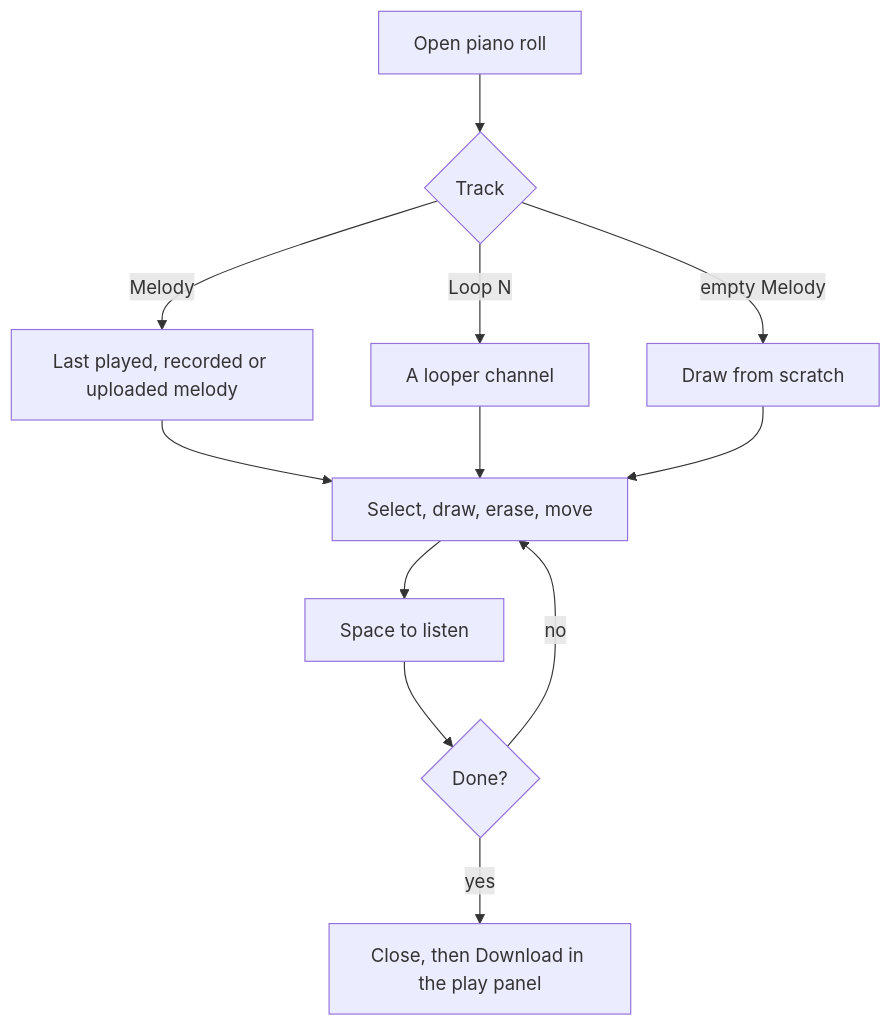
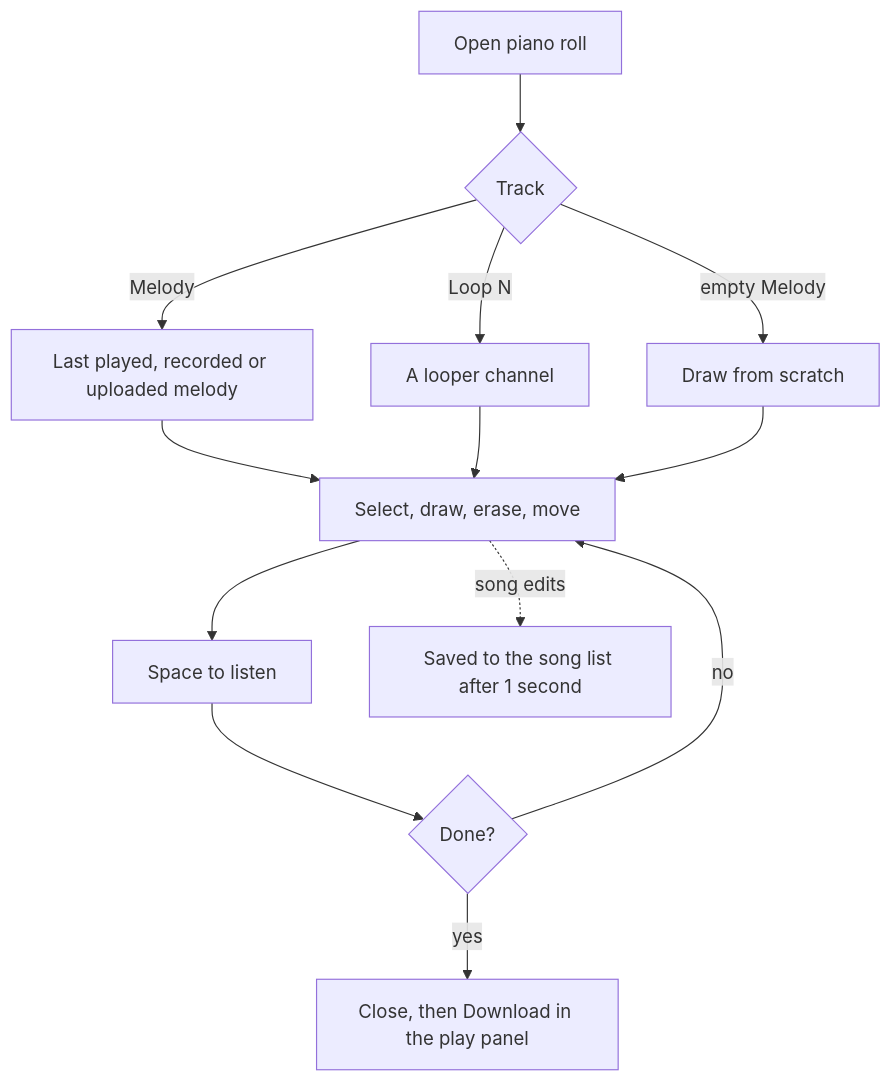
The seventh of 9 diagrams in docs/user-flows.md (oleg-chibikov/guitar-upscale), drawn with Mermaid before and after one commit. The commit also changed other lines of this file, not shown here.

First line of the commit message:
Update user flows for Guitar Pro songs

````diff
--- a/docs/user-flows.md
+++ b/docs/user-flows.md
@@ -146,14 +146,15 @@
 ```mermaid
 flowchart TD
   A[Open piano roll] --> B{Track}
   B -- Melody --> C[Last played, recorded or uploaded melody]
   B -- Loop N --> D[A looper channel]
   B -- empty Melody --> E[Draw from scratch]
   C --> F[Select, draw, erase, move]
   D --> F
   E --> F
   F --> G[Space to listen]
   G --> H{Done?}
   H -- no --> F
   H -- yes --> I[Close, then Download in the play panel]
+  F -. song edits .-> J[Saved to the song list after 1 second]
 ```
````
